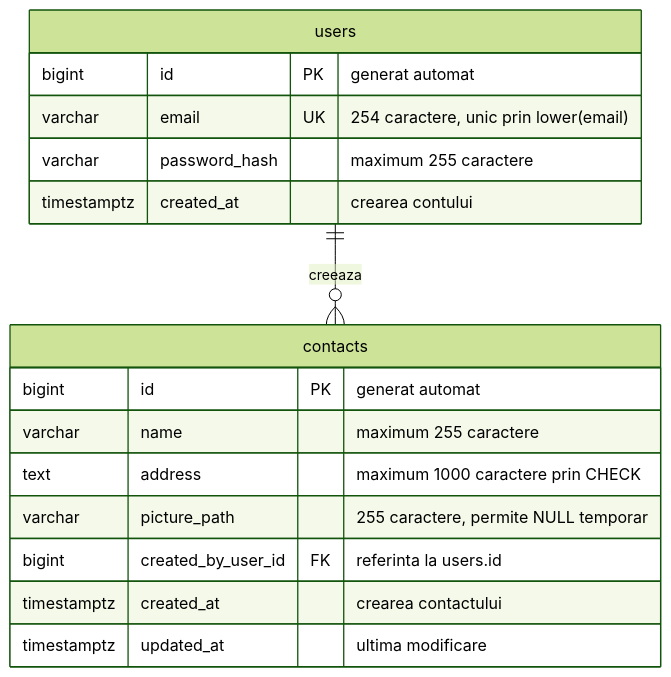
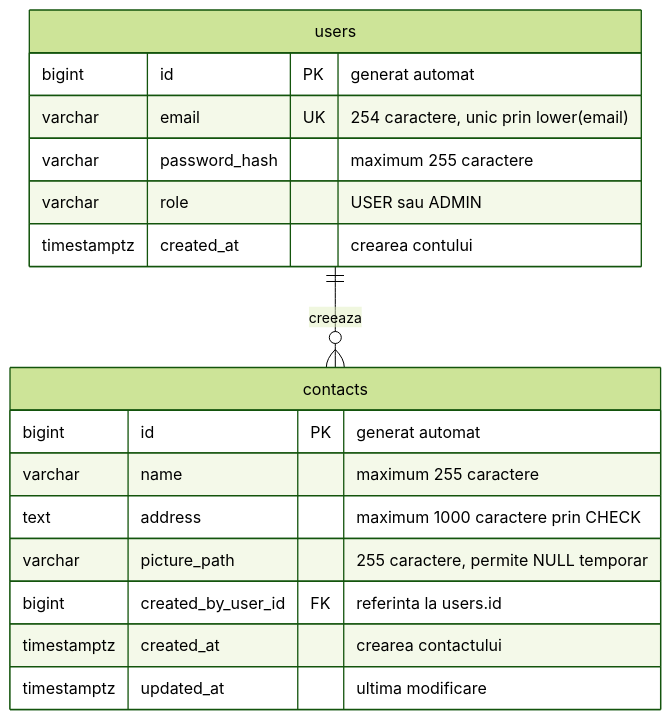
Before and after one commit to MonkeyFonkey1/netex_project: the diagram in docs/database.md, drawn with Mermaid (forest theme). The commit also changed other lines of this file and 26 other files, not shown here.

````diff
--- a/docs/database.md
+++ b/docs/database.md
@@ -39,21 +39,22 @@
 ```mermaid
 erDiagram
     users ||--o{ contacts : "creeaza"
 
     users {
         bigint id PK "generat automat"
         varchar email UK "254 caractere, unic prin lower(email)"
         varchar password_hash "maximum 255 caractere"
+        varchar role "USER sau ADMIN"
         timestamptz created_at "crearea contului"
     }
 
     contacts {
         bigint id PK "generat automat"
         varchar name "maximum 255 caractere"
         text address "maximum 1000 caractere prin CHECK"
         varchar picture_path "255 caractere, permite NULL temporar"
         bigint created_by_user_id FK "referinta la users.id"
         timestamptz created_at "crearea contactului"
         timestamptz updated_at "ultima modificare"
     }
 ```
````
